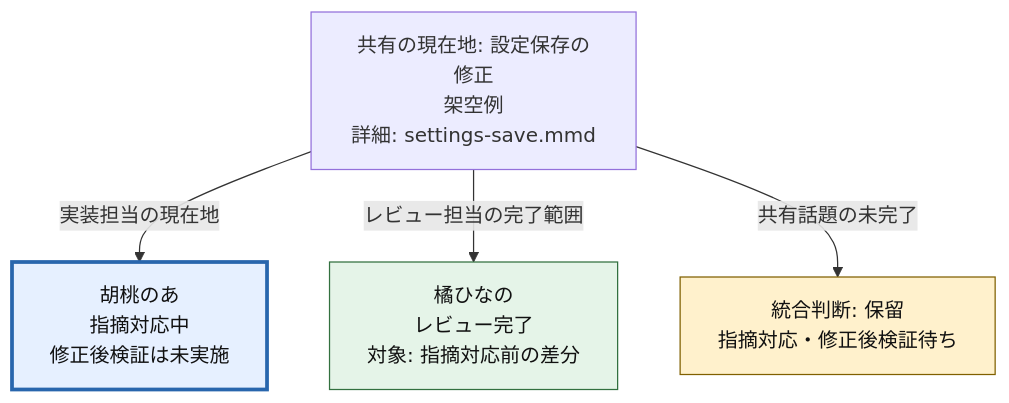
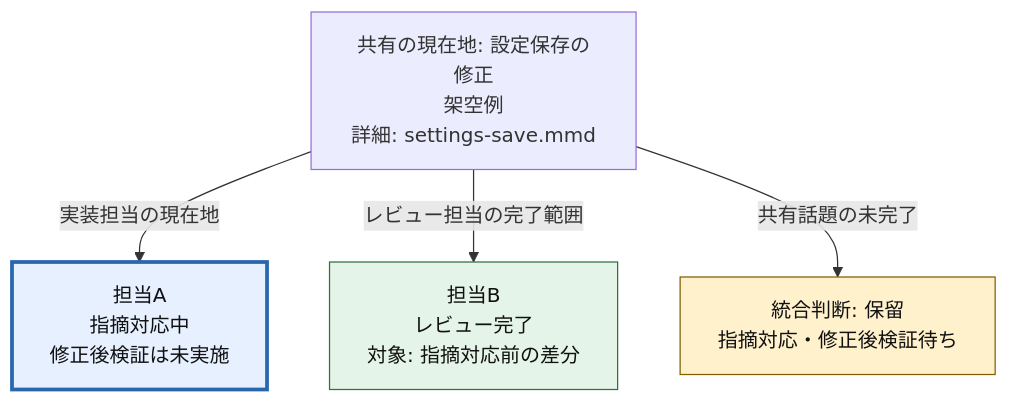
Before and after one commit to natumekazuki/.codex: the diagram in skills/session-graph/assets/index.mmd, drawn with Mermaid. The commit also changed 1 other file, not shown here.

Commit message:
docs(session-graph): サンプルの人名とIDを中立化

```diff
--- a/skills/session-graph/assets/index.mmd
+++ b/skills/session-graph/assets/index.mmd
@@ -1,13 +1,13 @@
 flowchart TB
     %% 架空の説明例。Character・役割・状態・参照先は実作業の事実ではない。
     NOW["共有の現在地: 設定保存の修正<br/>架空例<br/>詳細: settings-save.mmd"]
-    NOA["胡桃のあ<br/>指摘対応中<br/>修正後検証は未実施"]:::active
-    HINA["橘ひなの<br/>レビュー完了<br/>対象: 指摘対応前の差分"]:::done
+    ACTOR_A["担当A<br/>指摘対応中<br/>修正後検証は未実施"]:::active
+    ACTOR_B["担当B<br/>レビュー完了<br/>対象: 指摘対応前の差分"]:::done
     ACCEPT["統合判断: 保留<br/>指摘対応・修正後検証待ち"]:::pending
-    NOW -->|実装担当の現在地| NOA
-    NOW -->|レビュー担当の完了範囲| HINA
+    NOW -->|実装担当の現在地| ACTOR_A
+    NOW -->|レビュー担当の完了範囲| ACTOR_B
     NOW -->|共有話題の未完了| ACCEPT
     click NOW "settings-save.mmd" "主体・対象範囲・根拠の詳細"
     classDef active fill:#e6f0ff,stroke:#2866ad,color:#111,stroke-width:3px
     classDef pending fill:#fff1cc,stroke:#806000,color:#111
     classDef done fill:#e5f4e8,stroke:#32703f,color:#111
```
